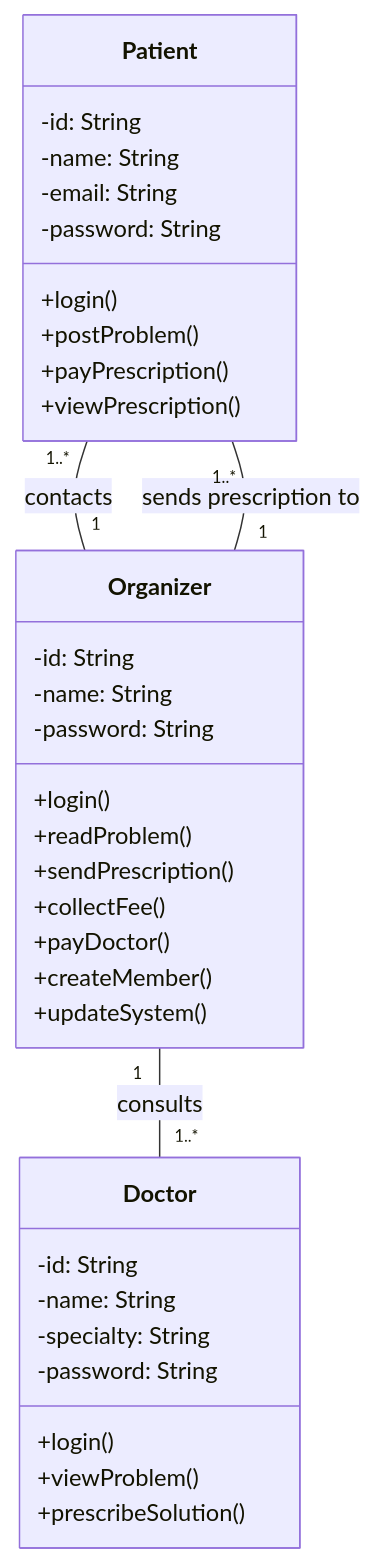
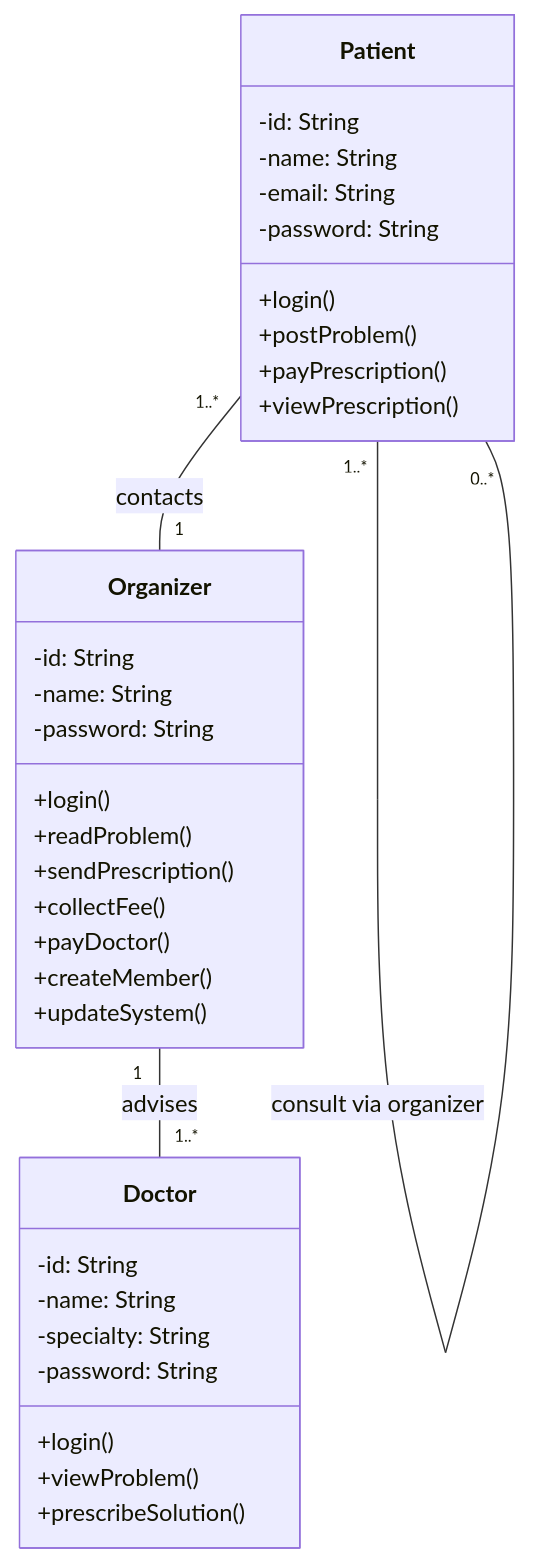
Before and after one commit to AlixBauret28/Practice_OOP_ULM: the first of 6 diagrams in exo1_hospital.md, drawn with Mermaid.

````diff
--- a/exo1_hospital.md
+++ b/exo1_hospital.md
@@ -6,40 +6,40 @@
 ```mermaid
 classDiagram
     class Patient {
         -id: String
         -name: String
         -email: String
         -password: String
         +login()
         +postProblem()
         +payPrescription()
         +viewPrescription()
     }
 
     class Doctor {
         -id: String
         -name: String
         -specialty: String
         -password: String
         +login()
         +viewProblem()
         +prescribeSolution()
     }
 
     class Organizer {
         -id: String
         -name: String
         -password: String
         +login()
         +readProblem()
         +sendPrescription()
         +collectFee()
         +payDoctor()
         +createMember()
         +updateSystem()
     }
 
     Patient "1..*" -- "1" Organizer : contacts
-    Organizer "1" -- "1..*" Doctor : consults
-    Organizer "1" -- "1..*" Patient : sends prescription to
+    Organizer "1" -- "1..*" Doctor : advises
+    Patient "1..*" -- "0..*" Patient : consult via organizer
 ```
````
